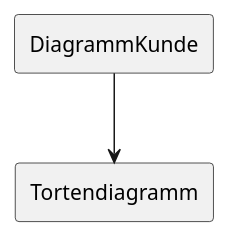
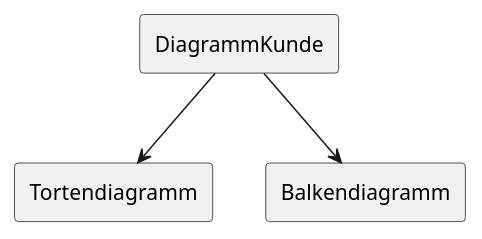
One commit to Vertiquo/SWE-Gruppe8-Abg2 changed the diagram in extras/doc/komponentenbaum.DiagrammKunde.plantuml. Above: the diagram before and after it, drawn with PlantUML.

Commit message:
Minor update on component tree

```diff
--- a/extras/doc/komponentenbaum.DiagrammKunde.plantuml
+++ b/extras/doc/komponentenbaum.DiagrammKunde.plantuml
@@ -18,12 +18,13 @@
 @startuml SucheKunden
 
 'top to bottom direction
 
 rectangle DiagrammKunde
 rectangle Tortendiagramm
+rectangle Balkendiagramm
 
 DiagrammKunde --> Tortendiagramm
-
+DiagrammKunde --> Balkendiagramm
 
 
 @enduml
```
